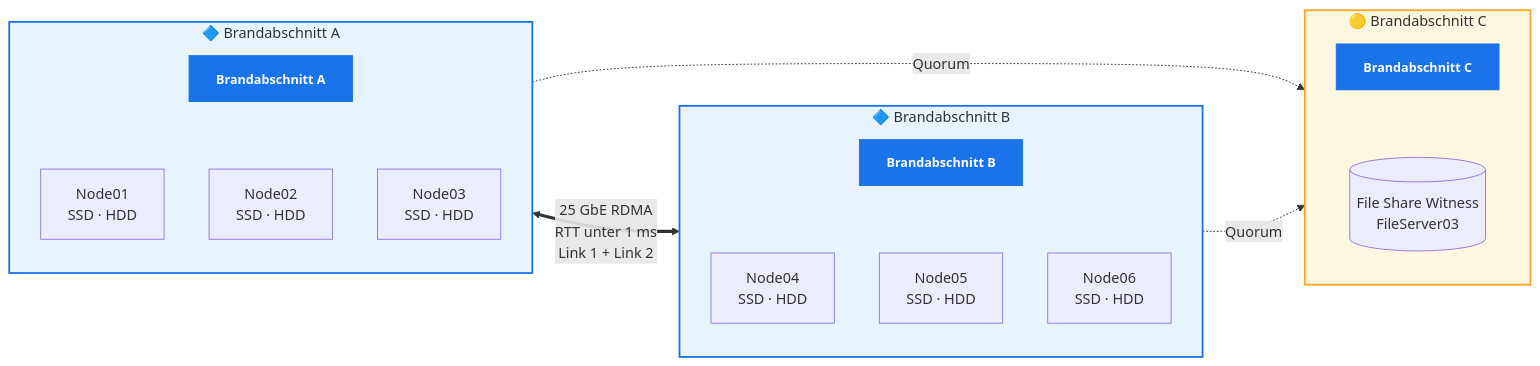
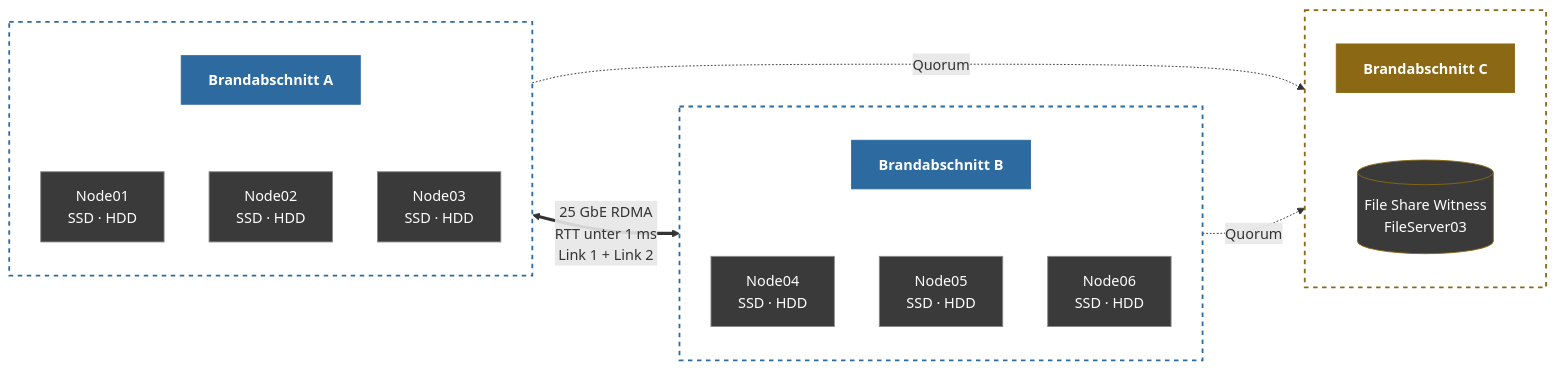
One commit to BetaHydri/S2D-Brandabschnitte changed the diagram in docs/s2d-brandabschnitte.md. Above: the diagram before and after it, drawn with Mermaid.

Commit message:
docs: clean up Mermaid topology colors (subtle, dark-mode friendly)

````diff
--- a/docs/s2d-brandabschnitte.md
+++ b/docs/s2d-brandabschnitte.md
@@ -240,36 +240,39 @@
 ```mermaid
 graph LR
-    subgraph BA["🔷 Brandabschnitt A"]
+    subgraph BA[" "]
         direction TB
         BA_T["Brandabschnitt A"]:::title
-        N1["Node01<br/>SSD · HDD"]
-        N2["Node02<br/>SSD · HDD"]
-        N3["Node03<br/>SSD · HDD"]
+        N1["Node01<br/>SSD · HDD"]:::node
+        N2["Node02<br/>SSD · HDD"]:::node
+        N3["Node03<br/>SSD · HDD"]:::node
         BA_T ~~~ N1 & N2 & N3
     end
 
-    subgraph BB["🔷 Brandabschnitt B"]
+    subgraph BB[" "]
         direction TB
         BB_T["Brandabschnitt B"]:::title
-        N4["Node04<br/>SSD · HDD"]
-        N5["Node05<br/>SSD · HDD"]
-        N6["Node06<br/>SSD · HDD"]
+        N4["Node04<br/>SSD · HDD"]:::node
+        N5["Node05<br/>SSD · HDD"]:::node
+        N6["Node06<br/>SSD · HDD"]:::node
         BB_T ~~~ N4 & N5 & N6
     end
 
-    subgraph BC["🟡 Brandabschnitt C"]
+    subgraph BC[" "]
         direction TB
-        BC_T["Brandabschnitt C"]:::title
-        FSW[("File Share Witness<br/>FileServer03")]
+        BC_T["Brandabschnitt C"]:::titleW
+        FSW[("File Share Witness<br/>FileServer03")]:::witness
         BC_T ~~~ FSW
     end
 
     BA <==" 25 GbE RDMA<br/>RTT unter 1 ms<br/>Link 1 + Link 2 "==> BB
     BA -." Quorum ".-> FSW
     BB -." Quorum ".-> FSW
 
-    classDef title fill:#1a73e8,stroke:#1a73e8,color:#fff,font-weight:bold,font-size:14px
-    style BA fill:#e8f4fd,stroke:#1a73e8,stroke-width:2px
-    style BB fill:#e8f4fd,stroke:#1a73e8,stroke-width:2px
-    style BC fill:#fef7e0,stroke:#f9a825,stroke-width:2px
+    classDef title fill:#2d6a9f,stroke:#2d6a9f,color:#fff,font-weight:bold
+    classDef titleW fill:#8b6914,stroke:#8b6914,color:#fff,font-weight:bold
+    classDef node fill:#3a3a3a,stroke:#888,color:#fff
+    classDef witness fill:#3a3a3a,stroke:#8b6914,color:#fff
+    style BA fill:none,stroke:#2d6a9f,stroke-width:2px,stroke-dasharray:5 5
+    style BB fill:none,stroke:#2d6a9f,stroke-width:2px,stroke-dasharray:5 5
+    style BC fill:none,stroke:#8b6914,stroke-width:2px,stroke-dasharray:5 5
 ```
````
